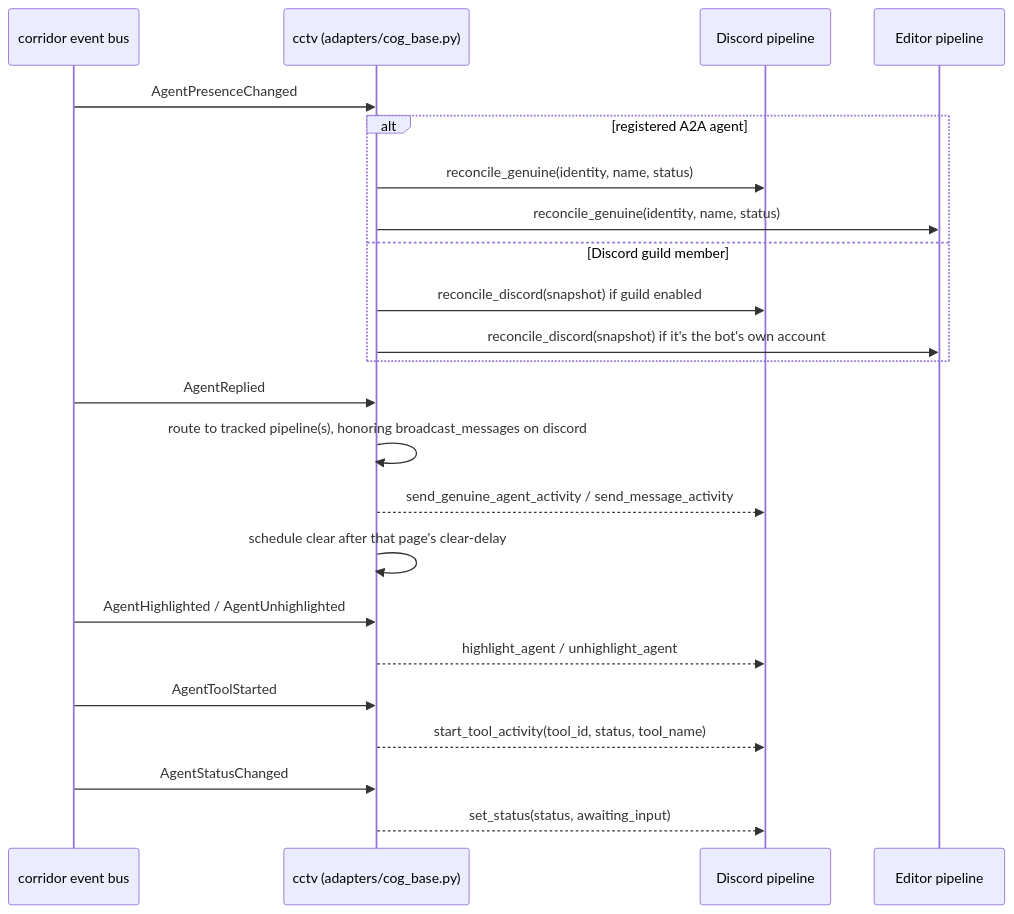
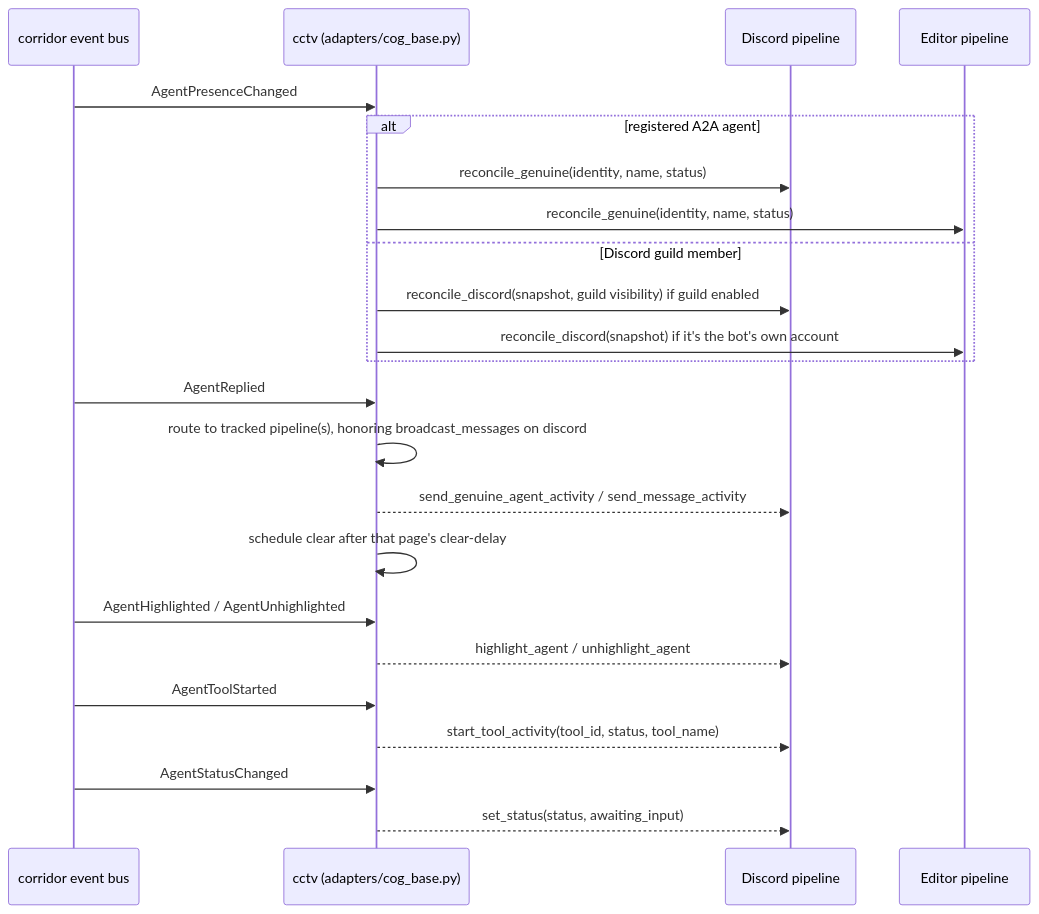
Before and after one commit to pixel-agents-hq/pixel-agents-cogs: the fourth of 6 diagrams in docs/cctv-design.md, drawn with Mermaid. The commit also changed other lines of this file and 21 other files, not shown here.

First line of the commit message:
feat(cctv,pixelagents,corridor): per-guild roster visibility -- show offline members, ghost offline members, ghost bots (#104)

````diff
--- a/docs/cctv-design.md
+++ b/docs/cctv-design.md
@@ -291,30 +372,30 @@
 ```mermaid
 sequenceDiagram
     participant Co as corridor event bus
     participant C as cctv (adapters/cog_base.py)
     participant D as Discord pipeline
     participant E as Editor pipeline
 
     Co->>C: AgentPresenceChanged
     alt registered A2A agent
         C->>D: reconcile_genuine(identity, name, status)
         C->>E: reconcile_genuine(identity, name, status)
     else Discord guild member
-        C->>D: reconcile_discord(snapshot) if guild enabled
+        C->>D: reconcile_discord(snapshot, guild visibility) if guild enabled
         C->>E: reconcile_discord(snapshot) if it's the bot's own account
     end
 
     Co->>C: AgentReplied
     C->>C: route to tracked pipeline(s), honoring broadcast_messages on discord
     C-->>D: send_genuine_agent_activity / send_message_activity
     C->>C: schedule clear after that page's clear-delay
 
     Co->>C: AgentHighlighted / AgentUnhighlighted
     C-->>D: highlight_agent / unhighlight_agent
 
     Co->>C: AgentToolStarted
     C-->>D: start_tool_activity(tool_id, status, tool_name)
 
     Co->>C: AgentStatusChanged
     C-->>D: set_status(status, awaiting_input)
 ```
````
